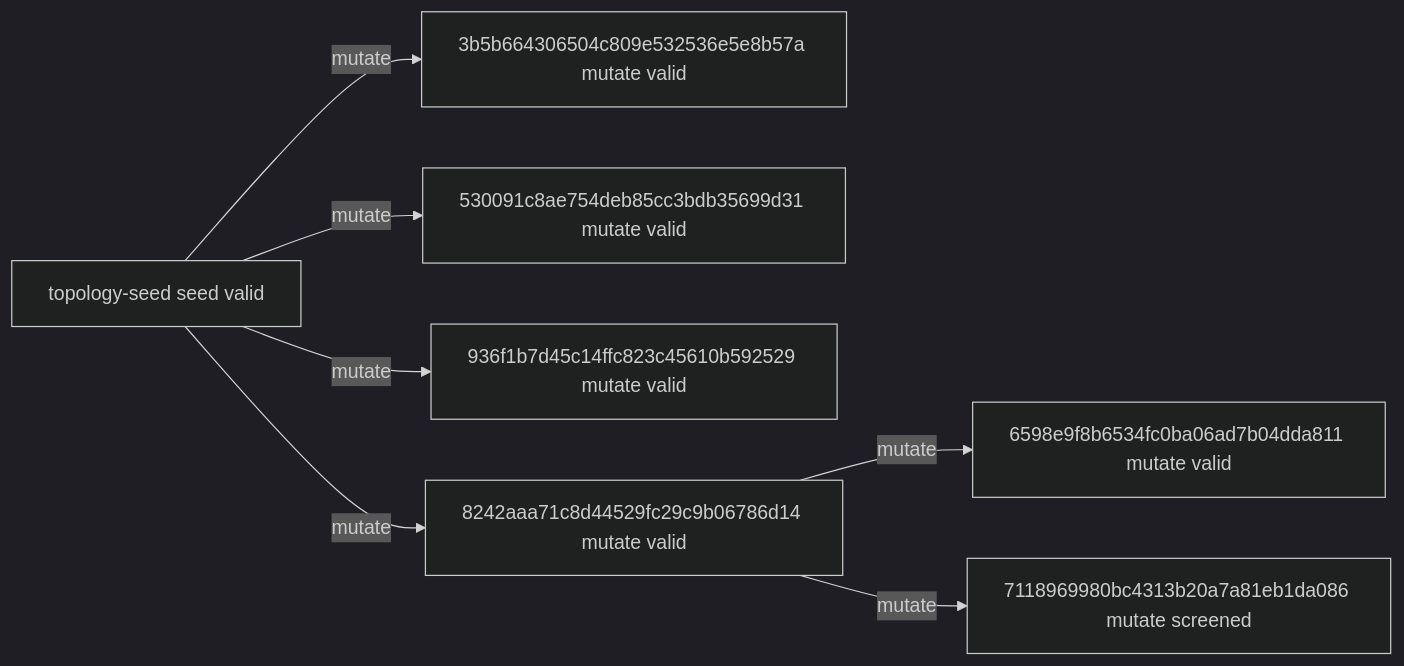
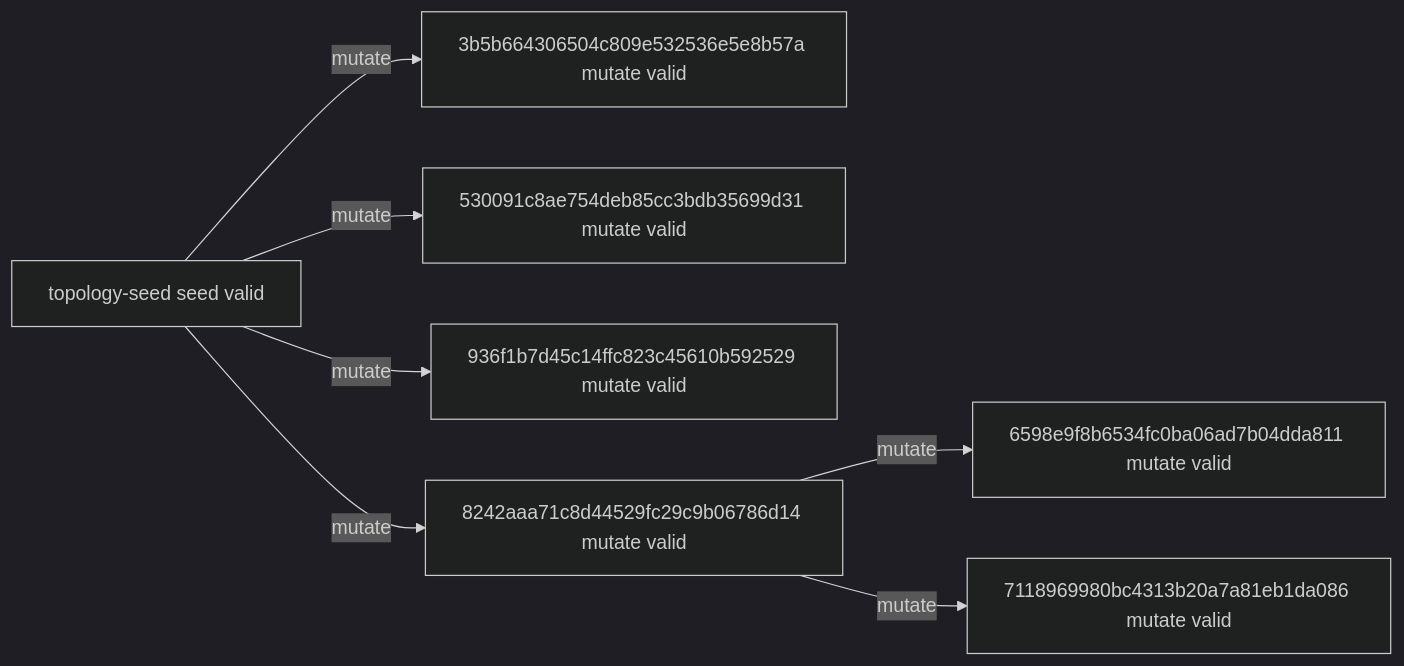
One commit to timbtz/feyer-search-lab changed the diagram in experiments/campaigns/layout-numerical-lane1/README.md. Above: the diagram before and after it, drawn with Mermaid (dark theme). The commit also changed other lines of this file and 7 other files, not shown here.

````diff
--- a/experiments/campaigns/layout-numerical-lane1/README.md
+++ b/experiments/campaigns/layout-numerical-lane1/README.md
@@ -21,16 +21,16 @@
 ```mermaid
 graph LR
   n0["topology-seed seed valid"]
   n1["3b5b664306504c809e532536e5e8b57a mutate valid"]
   n2["530091c8ae754deb85cc3bdb35699d31 mutate valid"]
   n3["936f1b7d45c14ffc823c45610b592529 mutate valid"]
   n4["8242aaa71c8d44529fc29c9b06786d14 mutate valid"]
   n5["6598e9f8b6534fc0ba06ad7b04dda811 mutate valid"]
-  n6["7118969980bc4313b20a7a81eb1da086 mutate screened"]
+  n6["7118969980bc4313b20a7a81eb1da086 mutate valid"]
   n0 -->|mutate| n1
   n0 -->|mutate| n2
   n0 -->|mutate| n3
   n0 -->|mutate| n4
   n4 -->|mutate| n5
   n4 -->|mutate| n6
 ```
````
